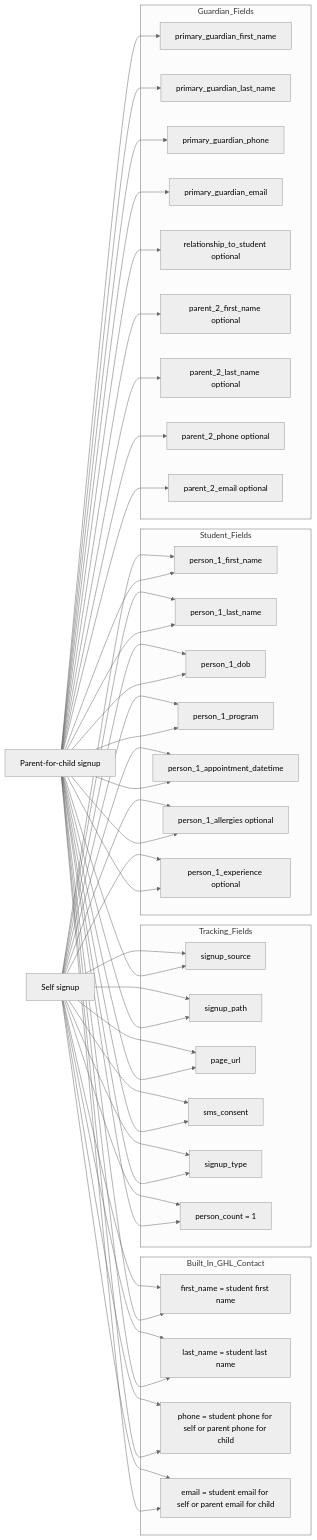
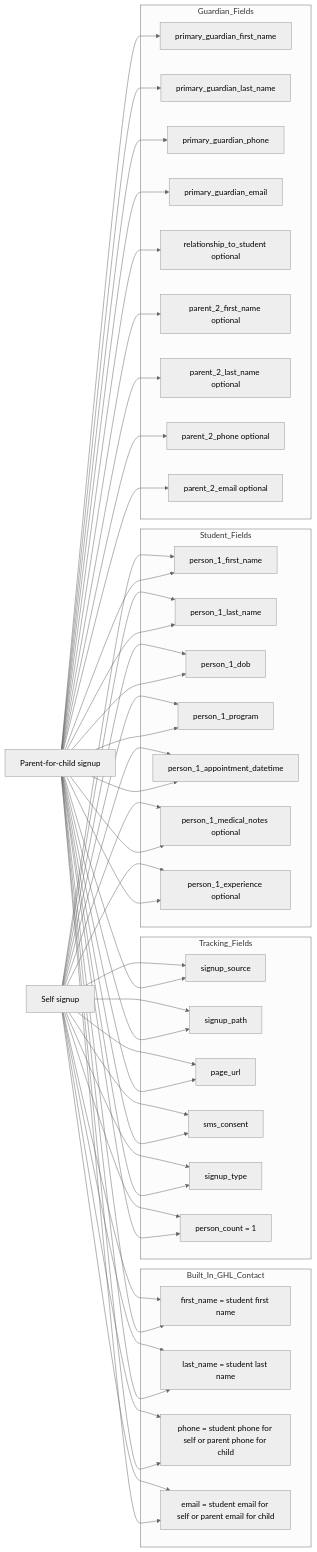
Diagram 11 of 21 in agent/signup-single-student-diagram.md (Kron00/liveoakjiujitsu), drawn with Mermaid (neutral theme) before and after one commit. The commit also changed other lines of this file and 18 other files, not shown here.

First line of the commit message:
Harden signup submission flow

```diff
--- a/agent/signup-single-student-diagram.md
+++ b/agent/signup-single-student-diagram.md
@@ -421,7 +421,7 @@
       C3[person_1_dob]
       C4[person_1_program]
       C5[person_1_appointment_datetime]
-      C6[person_1_allergies optional]
+      C6[person_1_medical_notes optional]
       C7[person_1_experience optional]
     end
 
```
